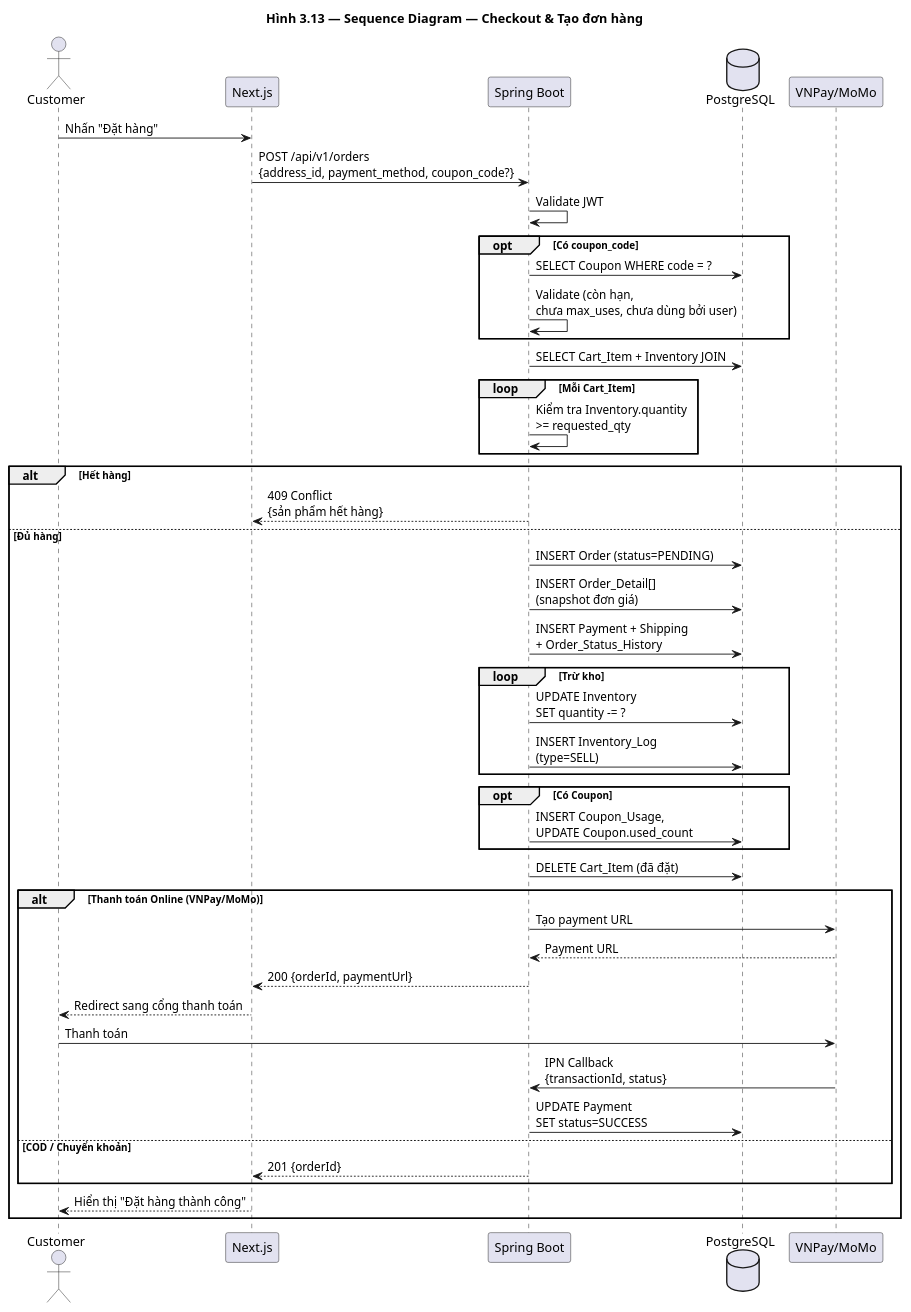
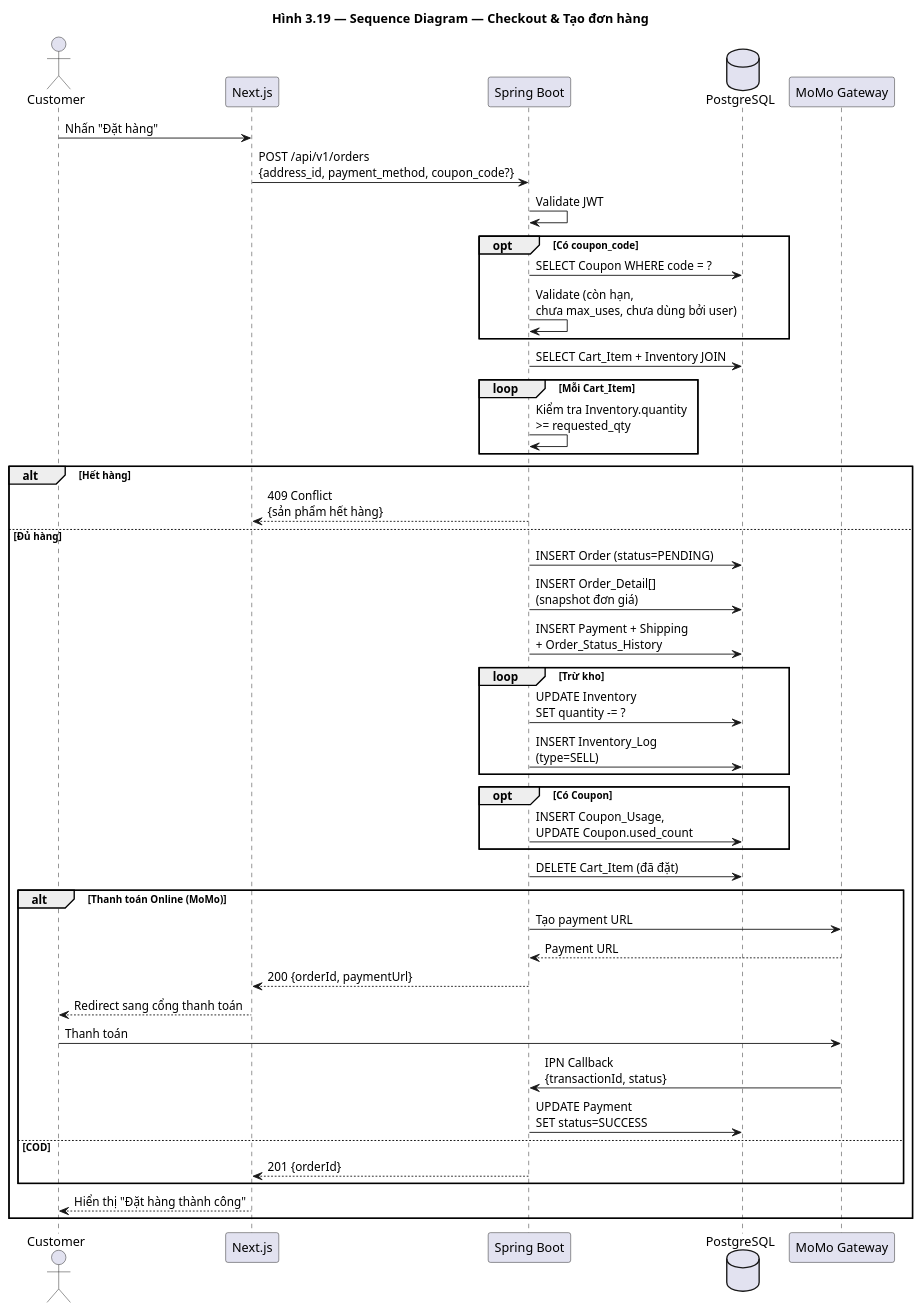
One commit to huuhieu56/PC-Parts-ECommerce changed the diagram in docs/diagrams/seq_checkout.puml. Above: the diagram before and after it, drawn with PlantUML. The commit also changed 50 other files, not shown here.

```diff
--- a/docs/diagrams/seq_checkout.puml
+++ b/docs/diagrams/seq_checkout.puml
@@ -1,57 +1,57 @@
 @startuml seq_checkout
-title Hình 3.13 — Sequence Diagram — Checkout & Tạo đơn hàng
+title Hình 3.19 — Sequence Diagram — Checkout & Tạo đơn hàng
 
 actor Customer
 participant "Next.js" as FE
 participant "Spring Boot" as BE
 database "PostgreSQL" as DB
-participant "VNPay/MoMo" as Pay
+participant "MoMo Gateway" as Pay
 
 Customer -> FE : Nhấn "Đặt hàng"
 FE -> BE : POST /api/v1/orders\n{address_id, payment_method, coupon_code?}
 BE -> BE : Validate JWT
 
 opt Có coupon_code
     BE -> DB : SELECT Coupon WHERE code = ?
     BE -> BE : Validate (còn hạn,\nchưa max_uses, chưa dùng bởi user)
 end
 
 BE -> DB : SELECT Cart_Item + Inventory JOIN
 loop Mỗi Cart_Item
     BE -> BE : Kiểm tra Inventory.quantity\n>= requested_qty
 end
 
 alt Hết hàng
     BE --> FE : 409 Conflict\n{sản phẩm hết hàng}
 else Đủ hàng
     BE -> DB : INSERT Order (status=PENDING)
     BE -> DB : INSERT Order_Detail[]\n(snapshot đơn giá)
     BE -> DB : INSERT Payment + Shipping\n+ Order_Status_History
 
     loop Trừ kho
         BE -> DB : UPDATE Inventory\nSET quantity -= ?
         BE -> DB : INSERT Inventory_Log\n(type=SELL)
     end
 
     opt Có Coupon
         BE -> DB : INSERT Coupon_Usage,\nUPDATE Coupon.used_count
     end
 
     BE -> DB : DELETE Cart_Item (đã đặt)
 
-    alt Thanh toán Online (VNPay/MoMo)
+    alt Thanh toán Online (MoMo)
         BE -> Pay : Tạo payment URL
         Pay --> BE : Payment URL
         BE --> FE : 200 {orderId, paymentUrl}
         FE --> Customer : Redirect sang cổng thanh toán
         Customer -> Pay : Thanh toán
         Pay -> BE : IPN Callback\n{transactionId, status}
         BE -> DB : UPDATE Payment\nSET status=SUCCESS
-    else COD / Chuyển khoản
+    else COD
         BE --> FE : 201 {orderId}
     end
 
     FE --> Customer : Hiển thị "Đặt hàng thành công"
 end
 
 @enduml
```
